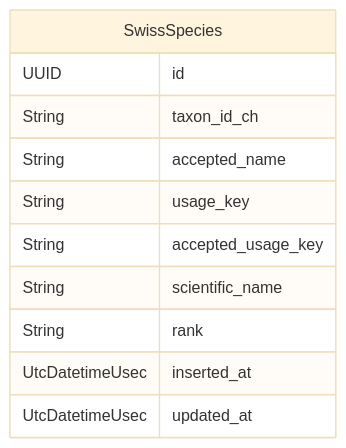
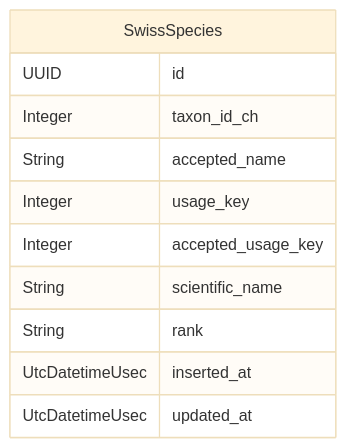
One commit to zebbra/data_aggregator changed the sixth of 10 diagrams in docs/api.md. Above: the diagram before and after it, drawn with Mermaid (base theme). The commit also changed other lines of this file and 187 other files, not shown here.

````diff
--- a/docs/api.md
+++ b/docs/api.md
@@ -902,14 +970,14 @@
 ```mermaid
 erDiagram
     SwissSpecies {
         UUID id
-        String taxon_id_ch
+        Integer taxon_id_ch
         String accepted_name
-        String usage_key
-        String accepted_usage_key
+        Integer usage_key
+        Integer accepted_usage_key
         String scientific_name
         String rank
         UtcDatetimeUsec inserted_at
         UtcDatetimeUsec updated_at
     }
 ```
````
